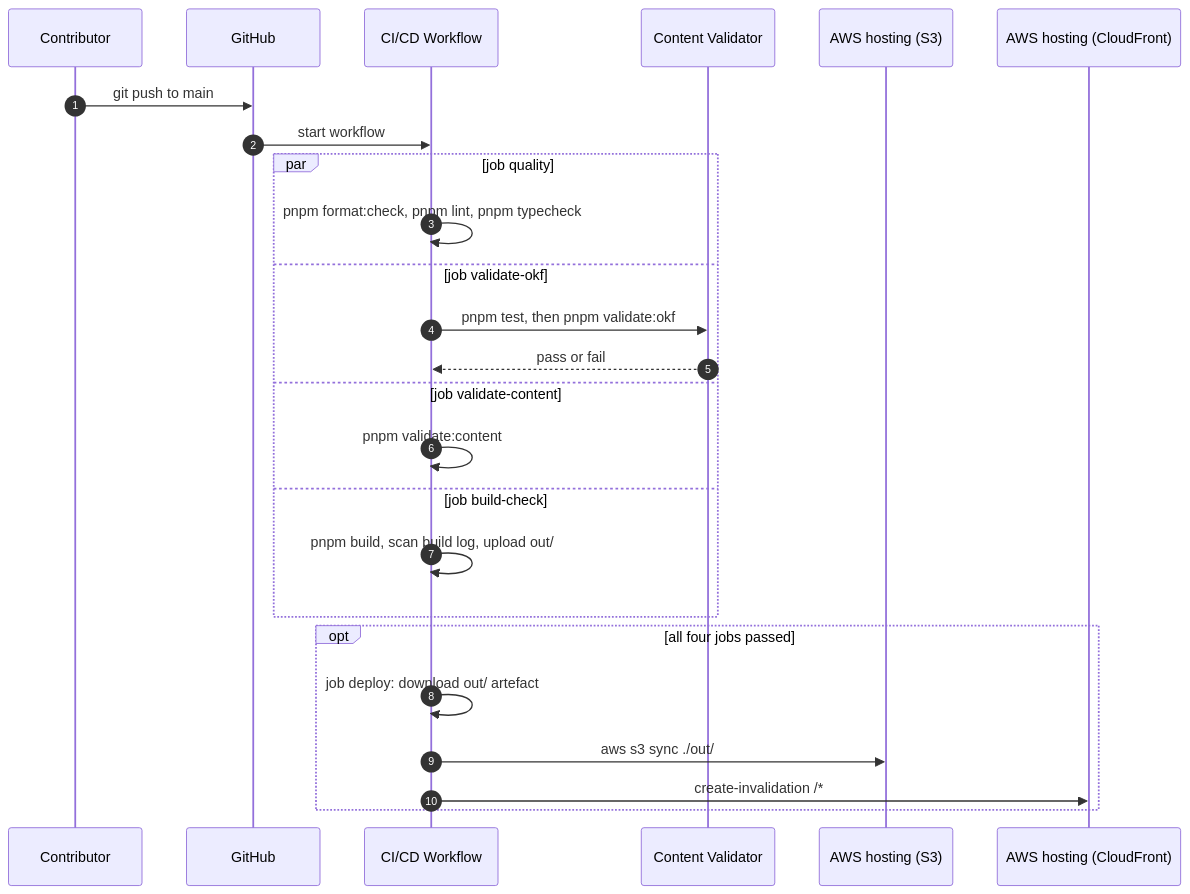
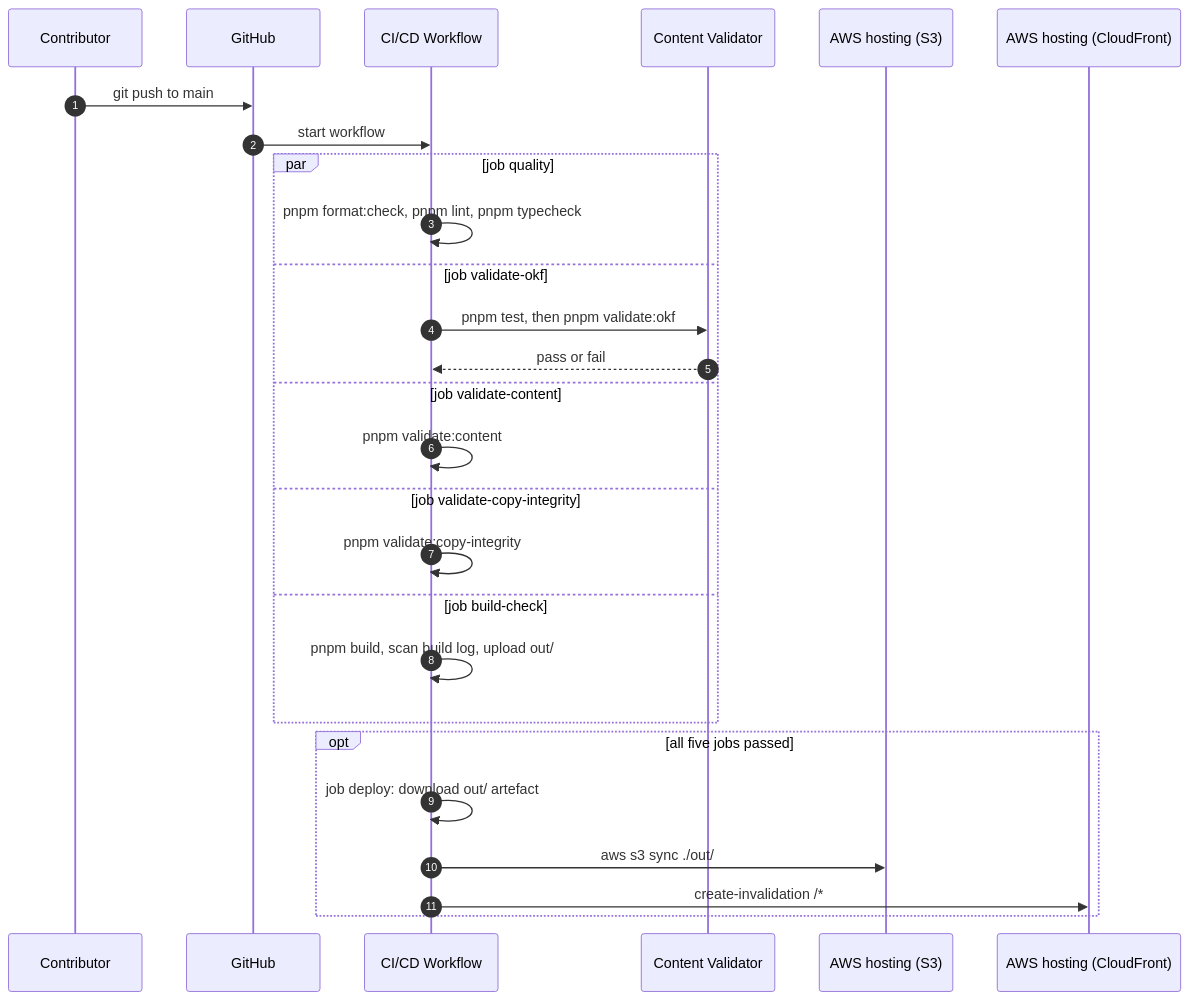
The diagram in docs/architecture/06-runtime/runtime-publish-change.md (mrpitch/atelier-fuer-innovationen), drawn with Mermaid before and after one commit. The commit also changed other lines of this file and 19 other files, not shown here.

````diff
--- a/docs/architecture/06-runtime/runtime-publish-change.md
+++ b/docs/architecture/06-runtime/runtime-publish-change.md
@@ -34,30 +35,32 @@
 ```mermaid
 sequenceDiagram
   accTitle: Publishing a change
-  accDescr: A push to main starts the workflow. Job quality runs the format check, lint and typecheck. Job validate-okf runs the tests and the Content Validator. Job validate-content checks content integrity. Job build-check builds the site, scans the log for missing-image warnings and keeps the export as an artefact. Job deploy starts only when all four have passed. It syncs that export to S3 and invalidates CloudFront.
+  accDescr: A push to main starts the workflow. Job quality runs the format check, lint and typecheck. Job validate-okf runs the tests and the Content Validator. Job validate-content checks content integrity. Job validate-copy-integrity checks that protected Xeniapolis copy is unchanged. Job build-check builds the site, scans the log for missing-image warnings and keeps the export as an artefact. Job deploy starts only when all five have passed. It syncs that export to S3 and invalidates CloudFront.
   autonumber
   participant C as Contributor
   participant GH as GitHub
   participant CI as CI/CD Workflow
   participant VAL as Content Validator
   participant S3 as AWS hosting (S3)
   participant CF as AWS hosting (CloudFront)
 
   C->>GH: git push to main
   GH->>CI: start workflow
   par job quality
     CI->>CI: pnpm format:check, pnpm lint, pnpm typecheck
   and job validate-okf
     CI->>VAL: pnpm test, then pnpm validate:okf
     VAL-->>CI: pass or fail
   and job validate-content
     CI->>CI: pnpm validate:content
+  and job validate-copy-integrity
+    CI->>CI: pnpm validate:copy-integrity
   and job build-check
     CI->>CI: pnpm build, scan build log, upload out/
   end
-  opt all four jobs passed
+  opt all five jobs passed
     CI->>CI: job deploy: download out/ artefact
     CI->>S3: aws s3 sync ./out/
     CI->>CF: create-invalidation /*
   end
 ```
````
